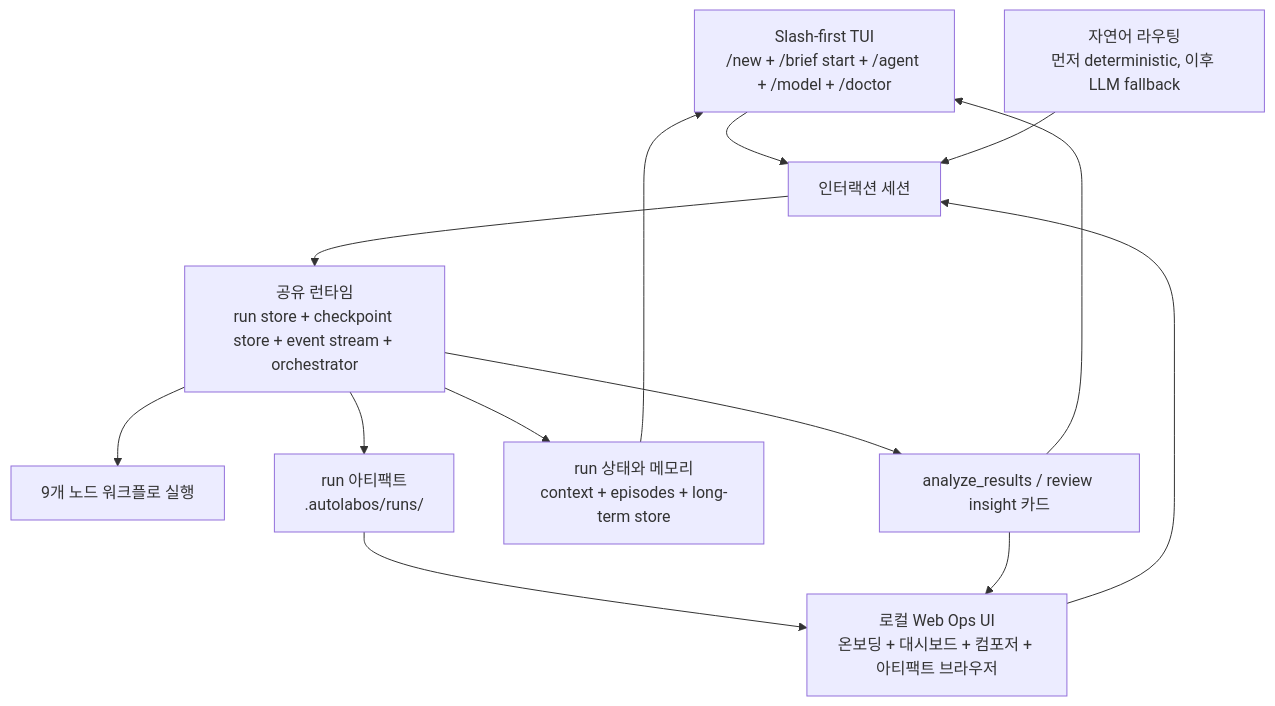
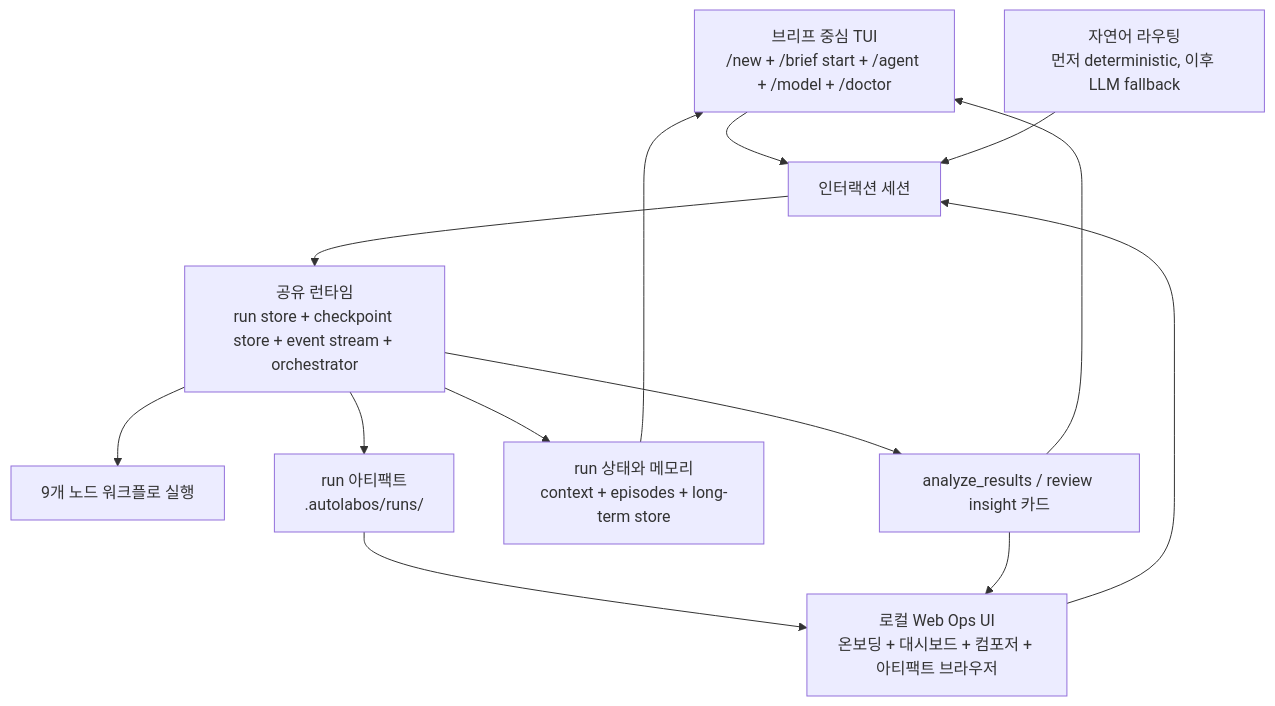
The seventh of 9 diagrams in README.ko.md (lhy0718/AutoLabOS), drawn with Mermaid before and after one commit. The commit also changed other lines of this file and 4 other files, not shown here.

Commit message:
feat: update documentation and descriptions to reflect brief-first TUI changes

````diff
--- a/README.ko.md
+++ b/README.ko.md
@@ -413,17 +413,17 @@
 ```mermaid
 flowchart TB
-    TUI["Slash-first TUI<br/>/new + /brief start + /agent + /model + /doctor"] --> Session["인터랙션 세션"]
+    TUI["브리프 중심 TUI<br/>/new + /brief start + /agent + /model + /doctor"] --> Session["인터랙션 세션"]
     Web["로컬 Web Ops UI<br/>온보딩 + 대시보드 + 컴포저 + 아티팩트 브라우저"] --> Session
     Natural["자연어 라우팅<br/>먼저 deterministic, 이후 LLM fallback"] --> Session
 
     Session --> Runtime["공유 런타임<br/>run store + checkpoint store + event stream + orchestrator"]
     Runtime --> Nodes["9개 노드 워크플로 실행"]
     Runtime --> Artifacts["run 아티팩트<br/>.autolabos/runs/<run_id>"]
     Runtime --> State["run 상태와 메모리<br/>context + episodes + long-term store"]
     Runtime --> Insight["analyze_results / review insight 카드"]
 
     Artifacts --> Web
     State --> TUI
     Insight --> TUI
     Insight --> Web
 ```
````
